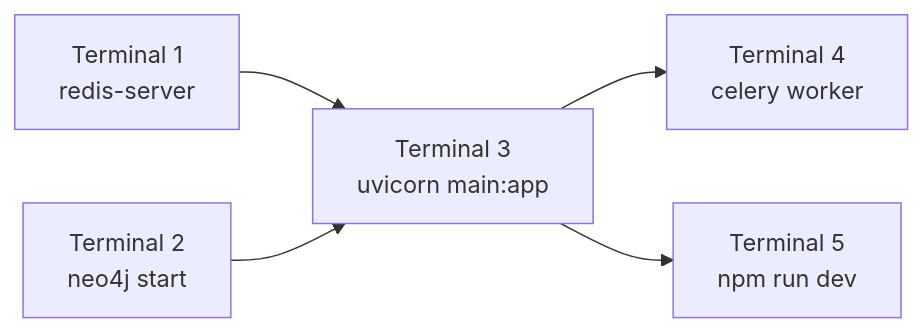
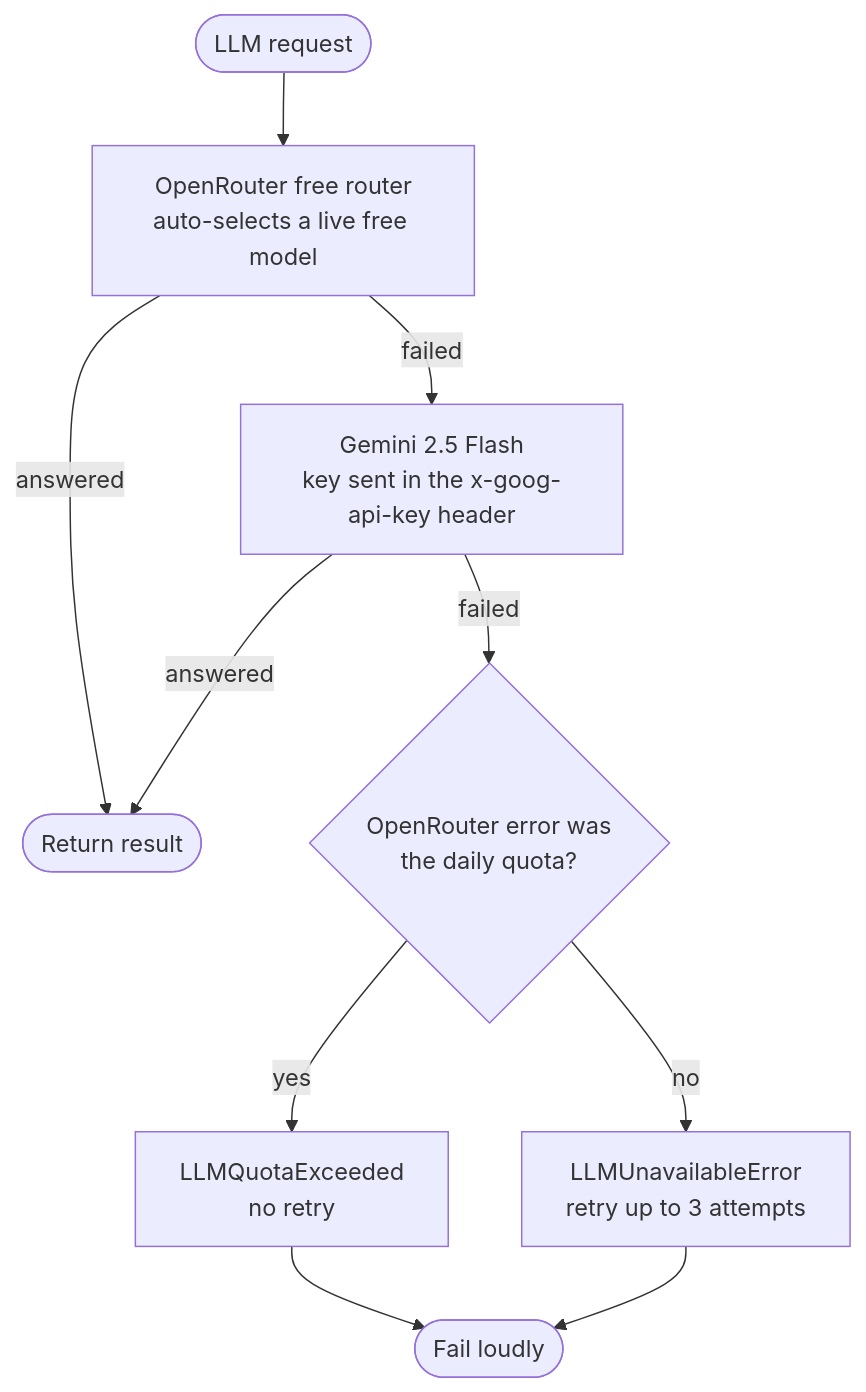
Before and after one commit to Rahul-8283/AURA_Data_Driven: diagram 18 of 27 in README.md, drawn with Mermaid. The commit also changed other lines of this file, not shown here.

````diff
--- a/README.md
+++ b/README.md
@@ -465,9 +813,12 @@
 ```mermaid
-flowchart LR
-    T1["Terminal 1<br/>redis-server"] --> T3
-    T2["Terminal 2<br/>neo4j start"] --> T3
-    T3["Terminal 3<br/>uvicorn main:app"] --> T4
-    T3 --> T5
-    T4["Terminal 4<br/>celery worker"]
-    T5["Terminal 5<br/>npm run dev"]
+flowchart TD
+    call(["LLM request"]) --> orr["OpenRouter free router<br/>auto-selects a live free model"]
+    orr -->|"answered"| done(["Return result"])
+    orr -->|"failed"| gem["Gemini 2.5 Flash<br/>key sent in the x-goog-api-key header"]
+    gem -->|"answered"| done
+    gem -->|"failed"| q{"OpenRouter error was<br/>the daily quota?"}
+    q -->|"yes"| quota["LLMQuotaExceeded<br/>no retry"]
+    q -->|"no"| un["LLMUnavailableError<br/>retry up to 3 attempts"]
+    quota --> fail(["Fail loudly"])
+    un --> fail
 ```
````
